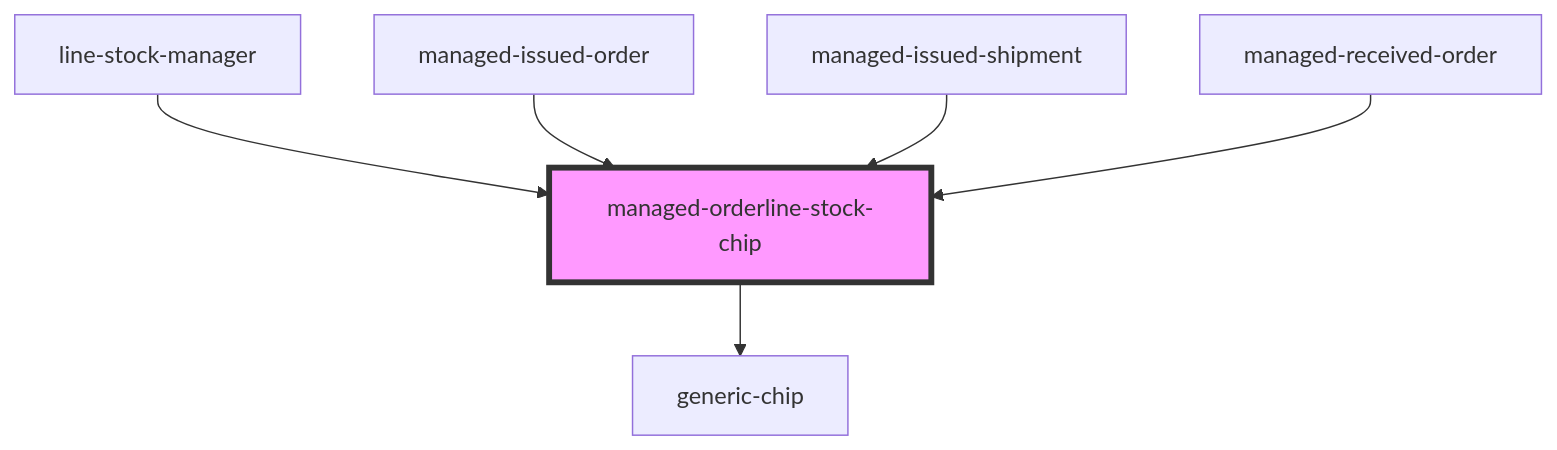
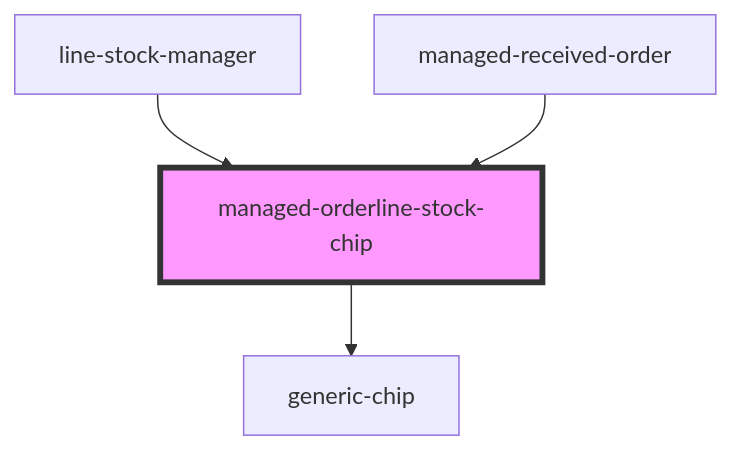
The diagram in pdm-web-components/src/components/managed-orderline-stock-chip/readme.md (PharmaLedger-IMI/fgt-workspace), drawn with Mermaid before and after one commit. The commit also changed other lines of this file and 23 other files, not shown here.

````diff
--- a/pdm-web-components/src/components/managed-orderline-stock-chip/readme.md
+++ b/pdm-web-components/src/components/managed-orderline-stock-chip/readme.md
@@ -42,9 +40,7 @@
 ```mermaid
 graph TD;
   managed-orderline-stock-chip --> generic-chip
   line-stock-manager --> managed-orderline-stock-chip
-  managed-issued-order --> managed-orderline-stock-chip
-  managed-issued-shipment --> managed-orderline-stock-chip
   managed-received-order --> managed-orderline-stock-chip
   style managed-orderline-stock-chip fill:#f9f,stroke:#333,stroke-width:4px
 ```
````
